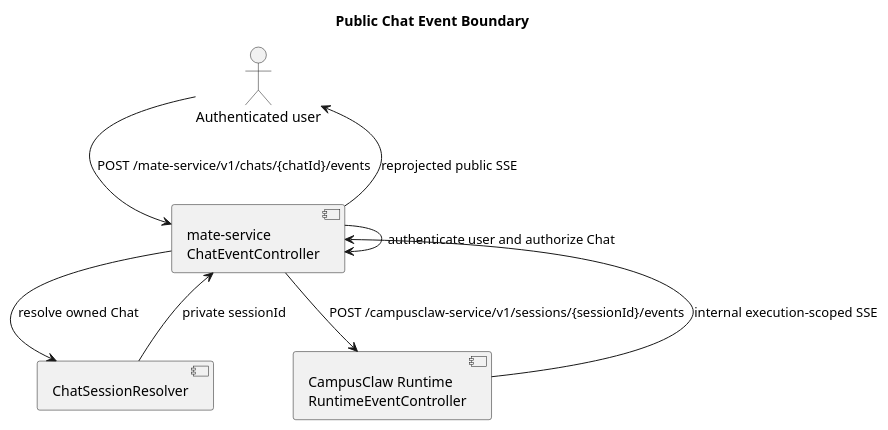
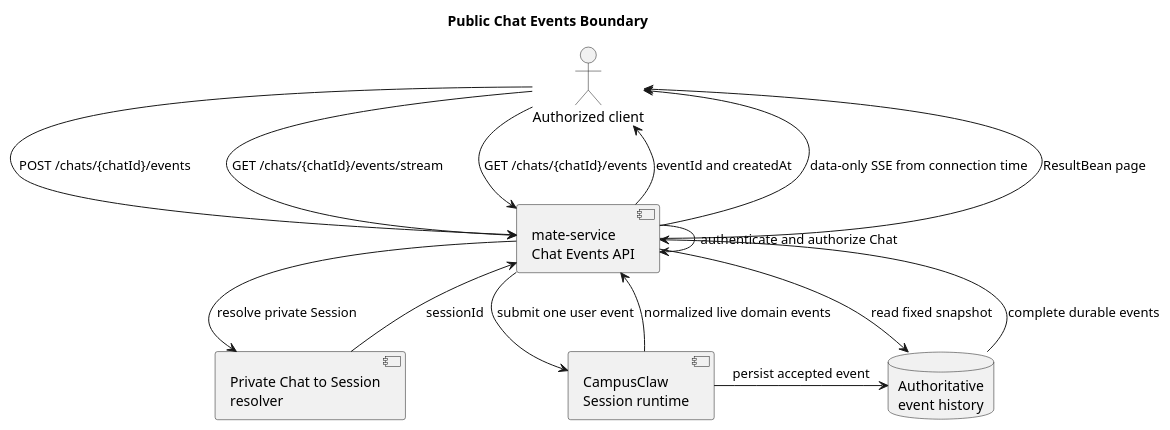
One commit to ssm0808/pi-mono-java-design changed the first of 2 diagrams in 02-服务与接口/07-mate-service通用对话API/设计图/diagram.puml. Above: the diagram before and after it, drawn with PlantUML. The commit also changed other lines of this file and 12 other files, not shown here.

Commit message:
docs(mate-api): 确认通用对话 events 三接口

```diff
--- a/02-服务与接口/07-mate-service通用对话API/设计图/diagram.puml
+++ b/02-服务与接口/07-mate-service通用对话API/设计图/diagram.puml
@@ -1,24 +1,33 @@
 @startuml public_chat_event_boundary
-title Public Chat Event Boundary
+title Public Chat Events Boundary
 skinparam shadowing false
 
-' Source evidence: mate-service@956b547f src/main/java/com/huawei/hicampus/mate/agentdefinition/controller/AgentDefinitionController.java:35-79
-' Source evidence: mate-service@956b547f src/main/java/com/huawei/hicampus/mate/agentdefinition/modelmanager/controller/LlmChatController.java:33-59
-' Source evidence: pi-mono-java@98d3999e modules/coding-agent-cli/src/main/java/com/campusclaw/codingagent/runtimeapi/web/RuntimeEventController.java:39-77
-' Observed behavior: mate-service has no public Chat-to-Runtime event bridge in the reviewed source.
-' Target-only design: mate-service authorizes Chat ownership and privately resolves chatId to sessionId.
-' Design reason: browser clients use a stable product Chat resource while Runtime owns Session execution.
+' Source evidence: pi-mono-java@7e54b47f modules/coding-agent-cli/src/main/java/com/campusclaw/codingagent/runtimeapi/web/RuntimeEventController.java submitEvent/listEvents
+' Source evidence: pi-mono-java@7e54b47f modules/coding-agent-cli/src/main/java/com/campusclaw/codingagent/runtimeapi/event/RuntimeEventProjector.java projection methods
+' Observed behavior: the current Claw HTTP layer has request-scoped POST SSE and history GET, but no independent long-lived stream GET.
+' Target-only design: Mate separates event submission, live Chat observation, and authoritative fixed-snapshot history.
+' Design reason: a transport disconnect must not determine whether a write succeeded or whether an execution continues.
 
-actor "Authenticated user" as User
-component "mate-service\nChatEventController" as Mate
-component "ChatSessionResolver" as Resolver
-component "CampusClaw Runtime\nRuntimeEventController" as Runtime
+actor "Authorized client" as Client
+component "mate-service\nChat Events API" as Mate
+component "Private Chat to Session\nresolver" as Resolver
+component "CampusClaw\nSession runtime" as Claw
+database "Authoritative\nevent history" as History
 
-User -> Mate : POST /mate-service/v1/chats/{chatId}/events
-Mate -> Mate : authenticate user and authorize Chat
-Mate -> Resolver : resolve owned Chat
-Resolver --> Mate : private sessionId
-Mate -> Runtime : POST /campusclaw-service/v1/sessions/{sessionId}/events
-Runtime --> Mate : internal execution-scoped SSE
-Mate --> User : reprojected public SSE
+Client -> Mate : POST /chats/{chatId}/events
+Mate -> Mate : authenticate and authorize Chat
+Mate -> Resolver : resolve private Session
+Resolver --> Mate : sessionId
+Mate -> Claw : submit one user event
+Claw -> History : persist accepted event
+Mate --> Client : eventId and createdAt
+
+Client -> Mate : GET /chats/{chatId}/events/stream
+Claw --> Mate : normalized live domain events
+Mate --> Client : data-only SSE from connection time
+
+Client -> Mate : GET /chats/{chatId}/events
+Mate -> History : read fixed snapshot
+History --> Mate : complete durable events
+Mate --> Client : ResultBean page
 @enduml
```
